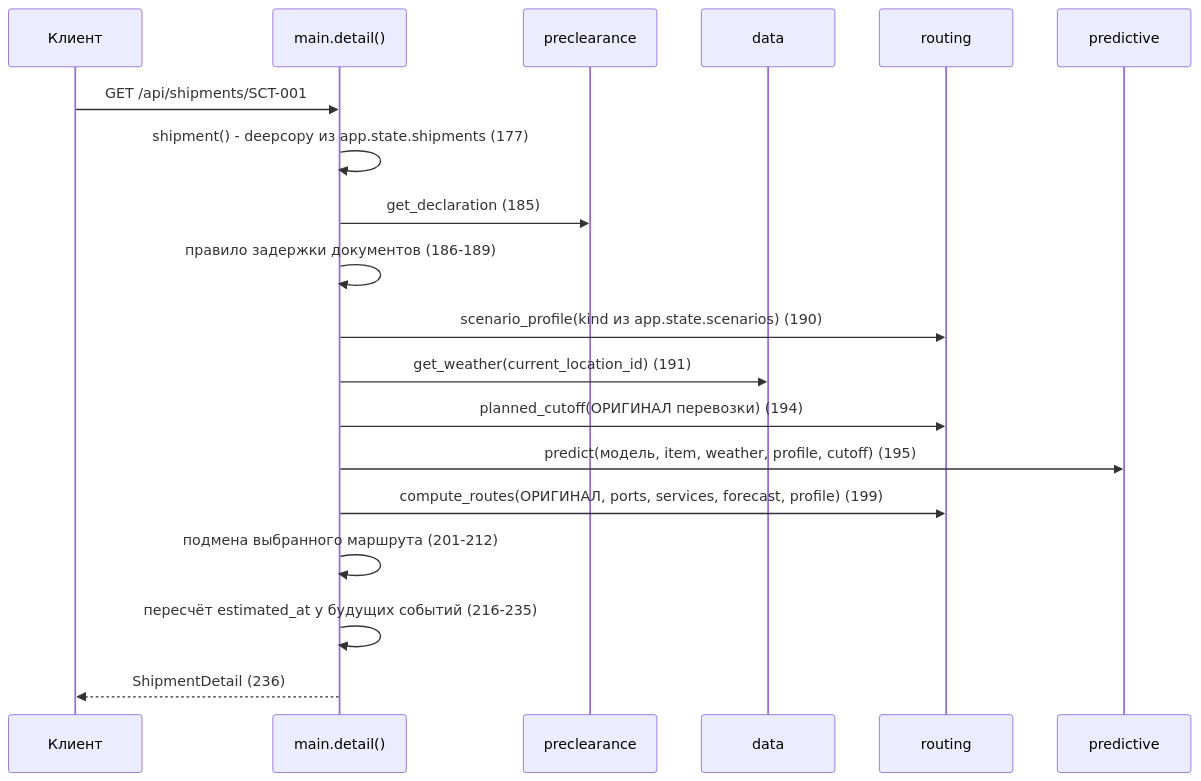
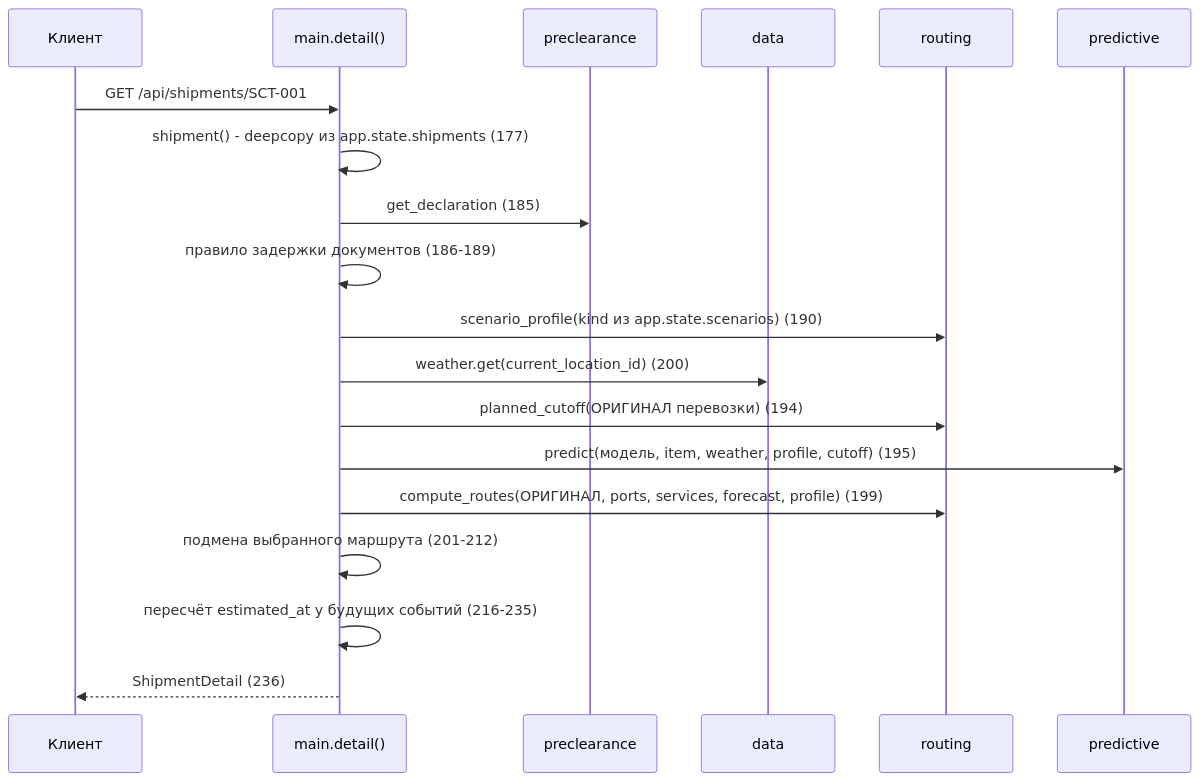
Before and after one commit to ZAEVv/hackathon-cicada: the second of 3 diagrams in docs/PROJECT_GUIDE_RU.md, drawn with Mermaid. The commit also changed other lines of this file and 20 other files, not shown here.

````diff
--- a/docs/PROJECT_GUIDE_RU.md
+++ b/docs/PROJECT_GUIDE_RU.md
@@ -91,21 +91,21 @@
 ```mermaid
 sequenceDiagram
   participant C as Клиент
   participant M as main.detail()
   participant P as preclearance
   participant D as data
   participant R as routing
   participant F as predictive
   C->>M: GET /api/shipments/SCT-001
   M->>M: shipment() - deepcopy из app.state.shipments (177)
   M->>P: get_declaration (185)
   M->>M: правило задержки документов (186-189)
   M->>R: scenario_profile(kind из app.state.scenarios) (190)
-  M->>D: get_weather(current_location_id) (191)
+  M->>D: weather.get(current_location_id) (200)
   M->>R: planned_cutoff(ОРИГИНАЛ перевозки) (194)
   M->>F: predict(модель, item, weather, profile, cutoff) (195)
   M->>R: compute_routes(ОРИГИНАЛ, ports, services, forecast, profile) (199)
   M->>M: подмена выбранного маршрута (201-212)
   M->>M: пересчёт estimated_at у будущих событий (216-235)
   M-->>C: ShipmentDetail (236)
 ```
````
